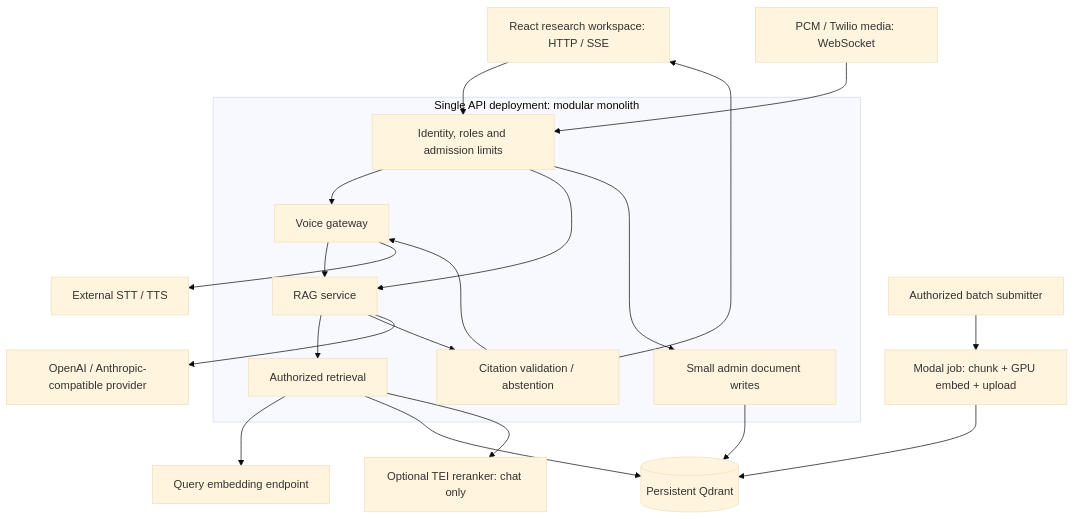
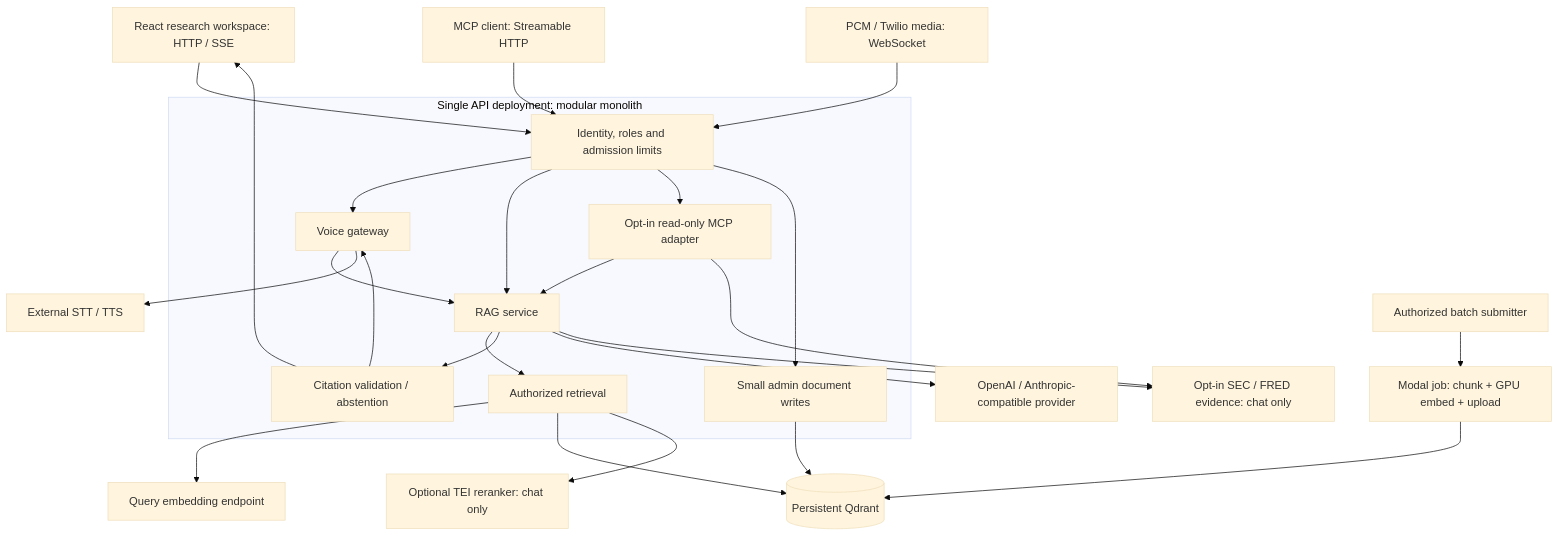
One commit to tushar-mahalya/ledger_rag changed the first of 5 diagrams in docs/ARCHITECTURE.md. Above: the diagram before and after it, drawn with Mermaid (base theme). The commit also changed other lines of this file and 2 other files, not shown here.

````diff
--- a/docs/ARCHITECTURE.md
+++ b/docs/ARCHITECTURE.md
@@ -14,23 +14,28 @@
 ```mermaid
 flowchart TB
     Chat["React research workspace: HTTP / SSE"] --> Auth
+    MCPClient["MCP client: Streamable HTTP"] --> Auth
     Caller["PCM / Twilio media: WebSocket"] --> Auth
     subgraph API["Single API deployment: modular monolith"]
         Auth["Identity, roles and admission limits"] --> Voice["Voice gateway"]
         Auth --> RAG["RAG service"]
+        Auth --> MCP["Opt-in read-only MCP adapter"]
+        MCP --> RAG
         Voice --> RAG
         RAG --> Retrieve["Authorized retrieval"]
         RAG --> Validate["Citation validation / abstention"]
         Auth --> Admin["Small admin document writes"]
     end
     Voice --> Speech["External STT / TTS"]
     RAG --> LLM["OpenAI / Anthropic-compatible provider"]
+    RAG --> External["Opt-in SEC / FRED evidence: chat only"]
+    MCP --> External
     Retrieve --> Embed["Query embedding endpoint"]
     Retrieve --> Qdrant[("Persistent Qdrant")]
     Retrieve --> Rerank["Optional TEI reranker: chat only"]
     Admin --> Qdrant
     Operator["Authorized batch submitter"] --> Modal["Modal job: chunk + GPU embed + upload"]
     Modal --> Qdrant
     Validate --> Chat
     Validate --> Voice
 ```
````
